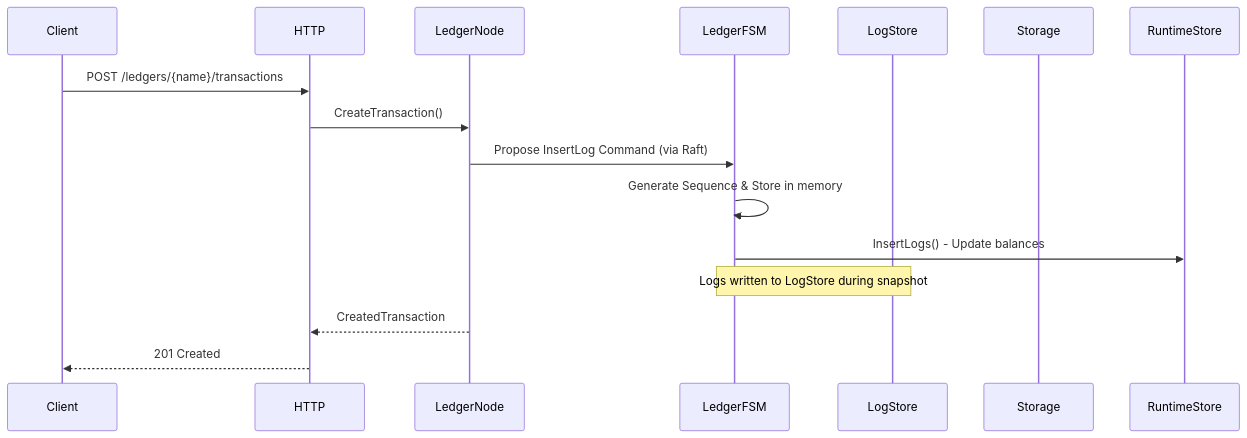
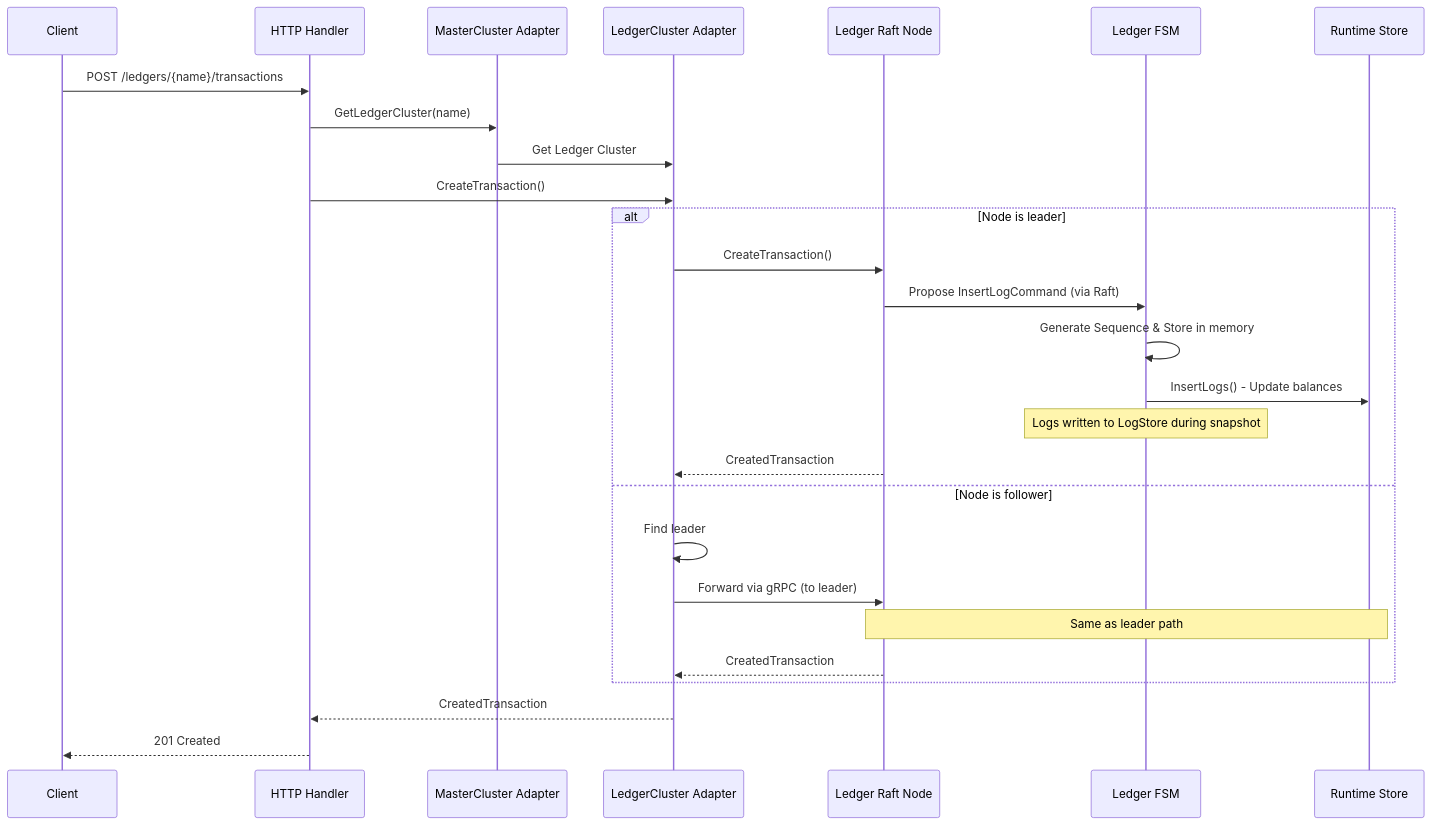
The fifth of 6 diagrams in docs/architecture.md (formancehq/ledger), drawn with Mermaid before and after one commit. The commit also changed other lines of this file and 11 other files, not shown here.

````diff
--- a/docs/architecture.md
+++ b/docs/architecture.md
@@ -184,18 +219,32 @@
 ```mermaid
 sequenceDiagram
     participant Client
-    participant HTTP
-    participant LedgerNode
-    participant LedgerFSM
-    participant LogStore
-    participant Storage
+    participant HTTP as HTTP Handler
+    participant MasterCluster as MasterCluster Adapter
+    participant LedgerCluster as LedgerCluster Adapter
+    participant LedgerNode as Ledger Raft Node
+    participant LedgerFSM as Ledger FSM
+    participant RuntimeStore as Runtime Store
     
     Client->>HTTP: POST /ledgers/{name}/transactions
-    HTTP->>LedgerNode: CreateTransaction()
-    LedgerNode->>LedgerFSM: Propose InsertLog Command (via Raft)
-    LedgerFSM->>LedgerFSM: Generate Sequence & Store in memory
-    LedgerFSM->>RuntimeStore: InsertLogs() - Update balances
-    Note over LedgerFSM,LogStore: Logs written to LogStore during snapshot
-    LedgerNode-->>HTTP: CreatedTransaction
+    HTTP->>MasterCluster: GetLedgerCluster(name)
+    MasterCluster->>LedgerCluster: Get Ledger Cluster
+    HTTP->>LedgerCluster: CreateTransaction()
+    
+    alt Node is leader
+        LedgerCluster->>LedgerNode: CreateTransaction()
+        LedgerNode->>LedgerFSM: Propose InsertLogCommand (via Raft)
+        LedgerFSM->>LedgerFSM: Generate Sequence & Store in memory
+        LedgerFSM->>RuntimeStore: InsertLogs() - Update balances
+        Note over LedgerFSM: Logs written to LogStore during snapshot
+        LedgerNode-->>LedgerCluster: CreatedTransaction
+    else Node is follower
+        LedgerCluster->>LedgerCluster: Find leader
+        LedgerCluster->>LedgerNode: Forward via gRPC (to leader)
+        Note over LedgerNode,RuntimeStore: Same as leader path
+        LedgerNode-->>LedgerCluster: CreatedTransaction
+    end
+    
+    LedgerCluster-->>HTTP: CreatedTransaction
     HTTP-->>Client: 201 Created
 ```
````
